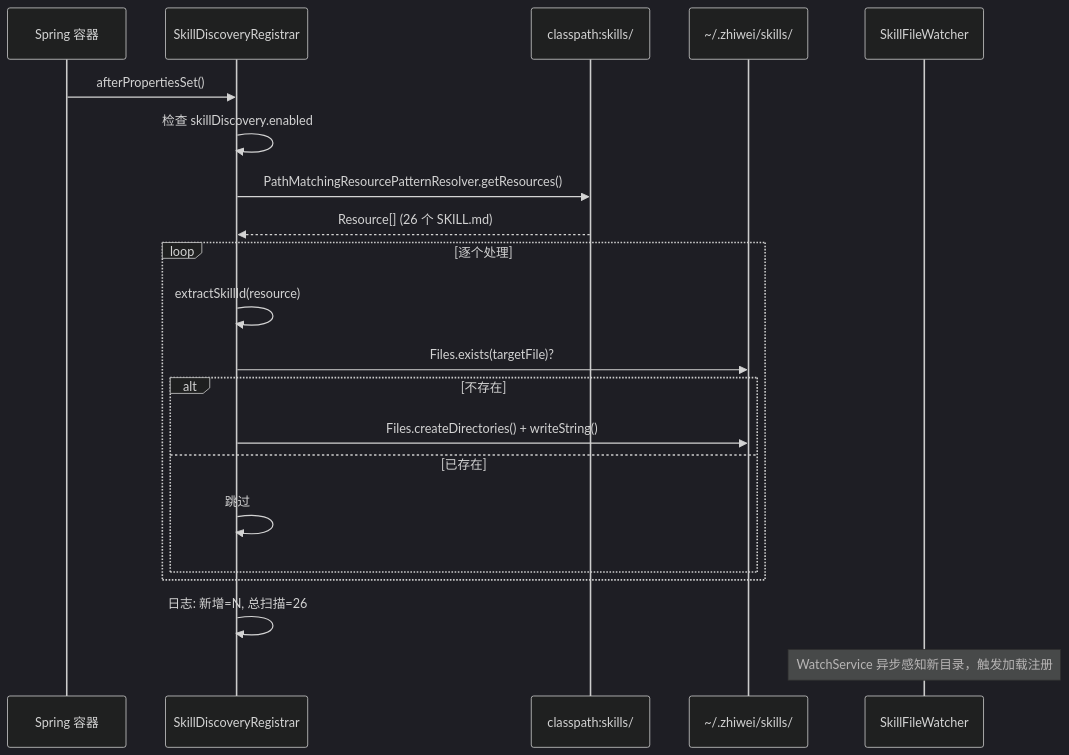
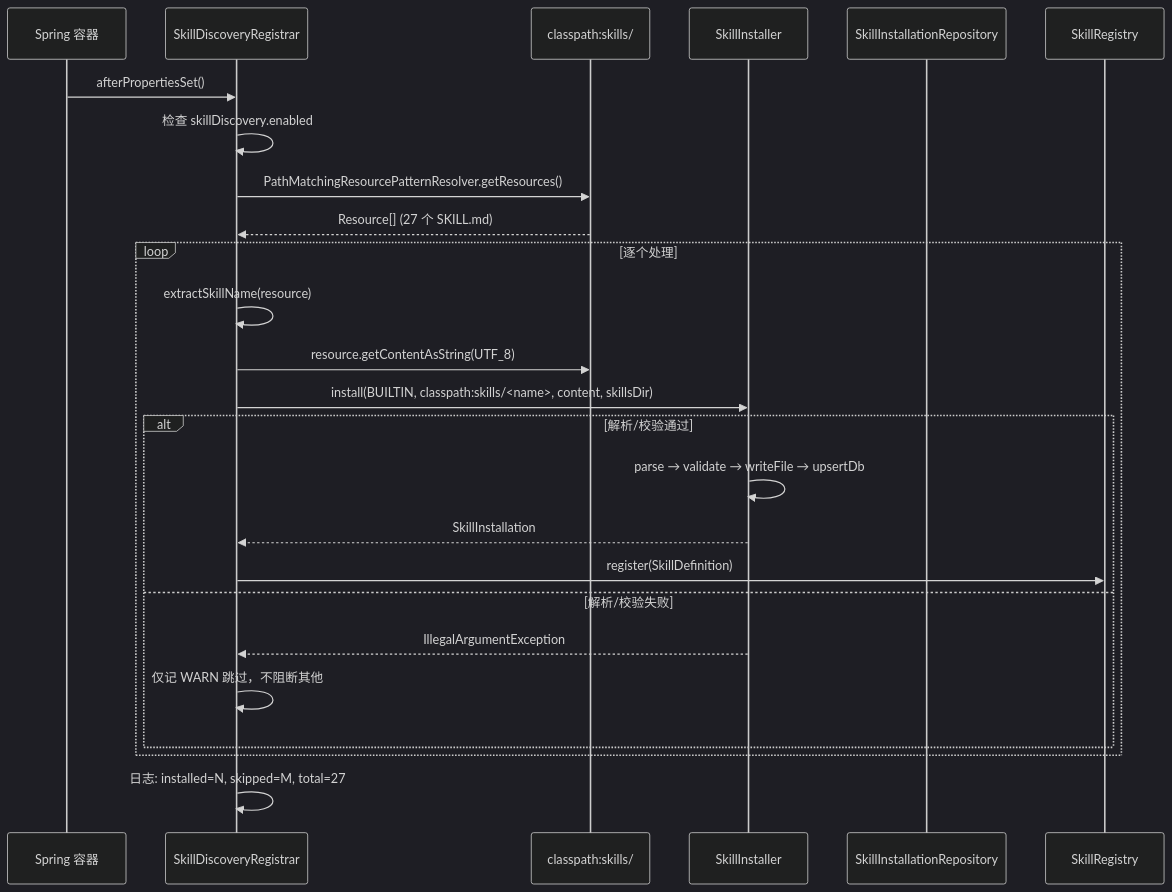
Before and after one commit to ntygod/LifePilot: the second of 2 diagrams in docs/architecture/preset-skills.md, drawn with Mermaid (dark theme). The commit also changed other lines of this file and 263 other files, not shown here.

````diff
--- a/docs/architecture/preset-skills.md
+++ b/docs/architecture/preset-skills.md
@@ -112,24 +120,28 @@
 ```mermaid
 sequenceDiagram
     participant Spring as Spring 容器
     participant SDR as SkillDiscoveryRegistrar
     participant CP as classpath:skills/
-    participant FS as ~/.zhiwei/skills/
-    participant SFW as SkillFileWatcher
+    participant SI as SkillInstaller
+    participant Repo as SkillInstallationRepository
+    participant Reg as SkillRegistry
 
     Spring->>SDR: afterPropertiesSet()
     SDR->>SDR: 检查 skillDiscovery.enabled
     SDR->>CP: PathMatchingResourcePatternResolver.getResources()
-    CP-->>SDR: Resource[] (26 个 SKILL.md)
+    CP-->>SDR: Resource[] (27 个 SKILL.md)
     loop 逐个处理
-        SDR->>SDR: extractSkillId(resource)
-        SDR->>FS: Files.exists(targetFile)?
-        alt 不存在
-            SDR->>FS: Files.createDirectories() + writeString()
-        else 已存在
-            SDR->>SDR: 跳过
+        SDR->>SDR: extractSkillName(resource)
+        SDR->>CP: resource.getContentAsString(UTF_8)
+        SDR->>SI: install(BUILTIN, classpath:skills/<name>, content, skillsDir)
+        alt 解析/校验通过
+            SI->>SI: parse → validate → writeFile → upsertDb
+            SI-->>SDR: SkillInstallation
+            SDR->>Reg: register(SkillDefinition)
+        else 解析/校验失败
+            SI-->>SDR: IllegalArgumentException
+            SDR->>SDR: 仅记 WARN 跳过，不阻断其他
         end
     end
-    SDR->>SDR: 日志: 新增=N, 总扫描=26
-    Note over SFW: WatchService 异步感知新目录，触发加载注册
+    SDR->>SDR: 日志: installed=N, skipped=M, total=27
 ```
````
